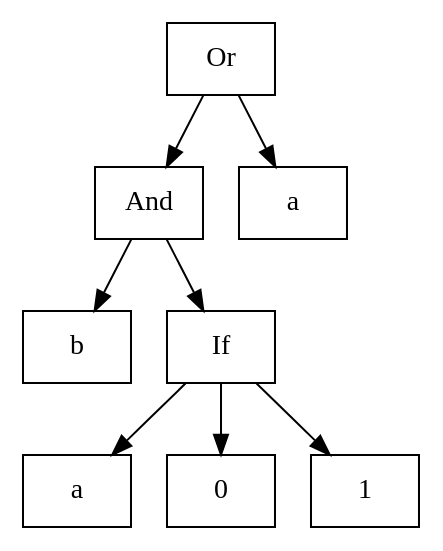
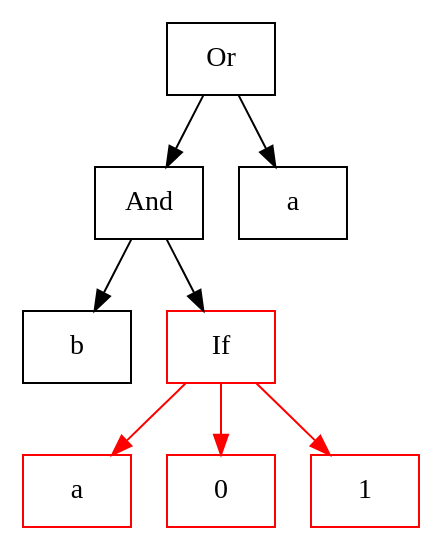
Before and after one commit to chathamabate/youtube-misc: the diagram in boolreduce/graphs/toIf1.gv, drawn with Graphviz. The commit also changed 11 other files, not shown here.

```diff
--- a/boolreduce/graphs/toIf1.gv
+++ b/boolreduce/graphs/toIf1.gv
@@ -1,21 +1,27 @@
 
 // toIf1
 digraph G {
     node [shape="box"];
 
     n0 [label="Or"];
     n0 -> n1;
     n1 [label="And"];
     n1 -> n2;
     n2 [label="b"];
+
+    subgraph D {
+        node [color="red"]
+        edge [color="red"]   
+        n3 [label="If"];
+        n3 -> n4;
+        n4 [label="a"];
+        n3 -> n5;
+        n5 [label="0"];
+        n3 -> n6;
+        n6 [label="1"];
+    }
+
     n1 -> n3;
-    n3 [label="If"];
-    n3 -> n4;
-    n4 [label="a"];
-    n3 -> n5;
-    n5 [label="0"];
-    n3 -> n6;
-    n6 [label="1"];
     n0 -> n7;
     n7 [label="a"];
 }
```
